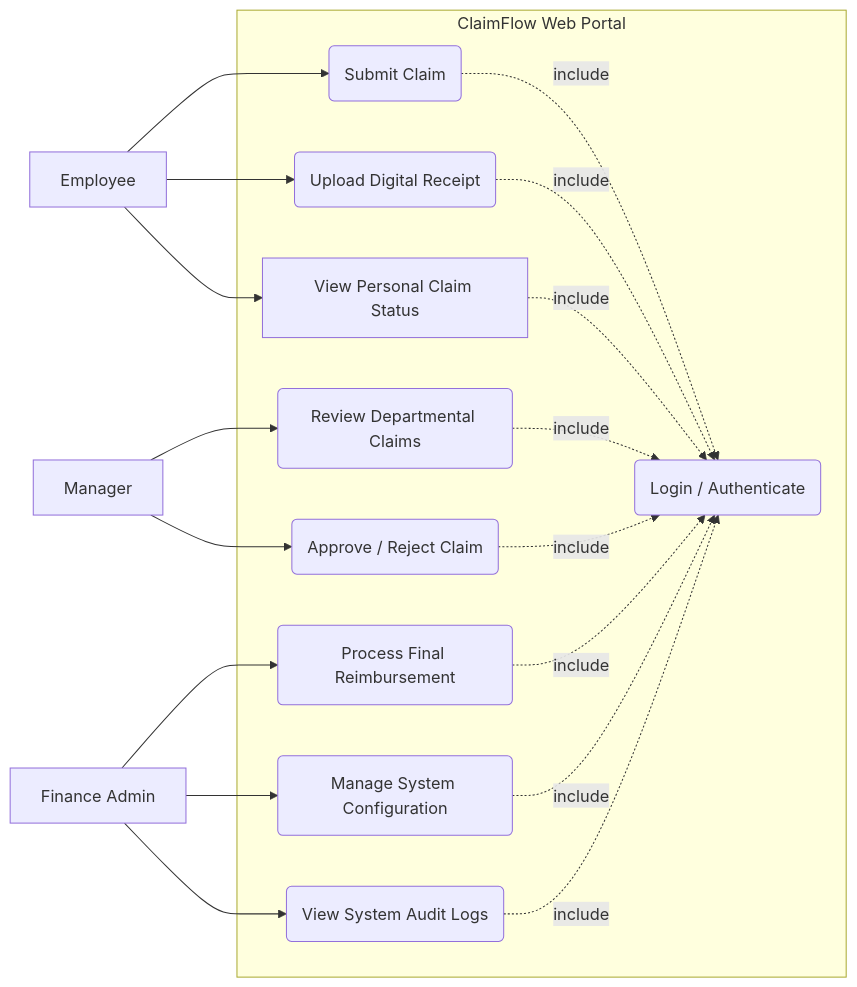
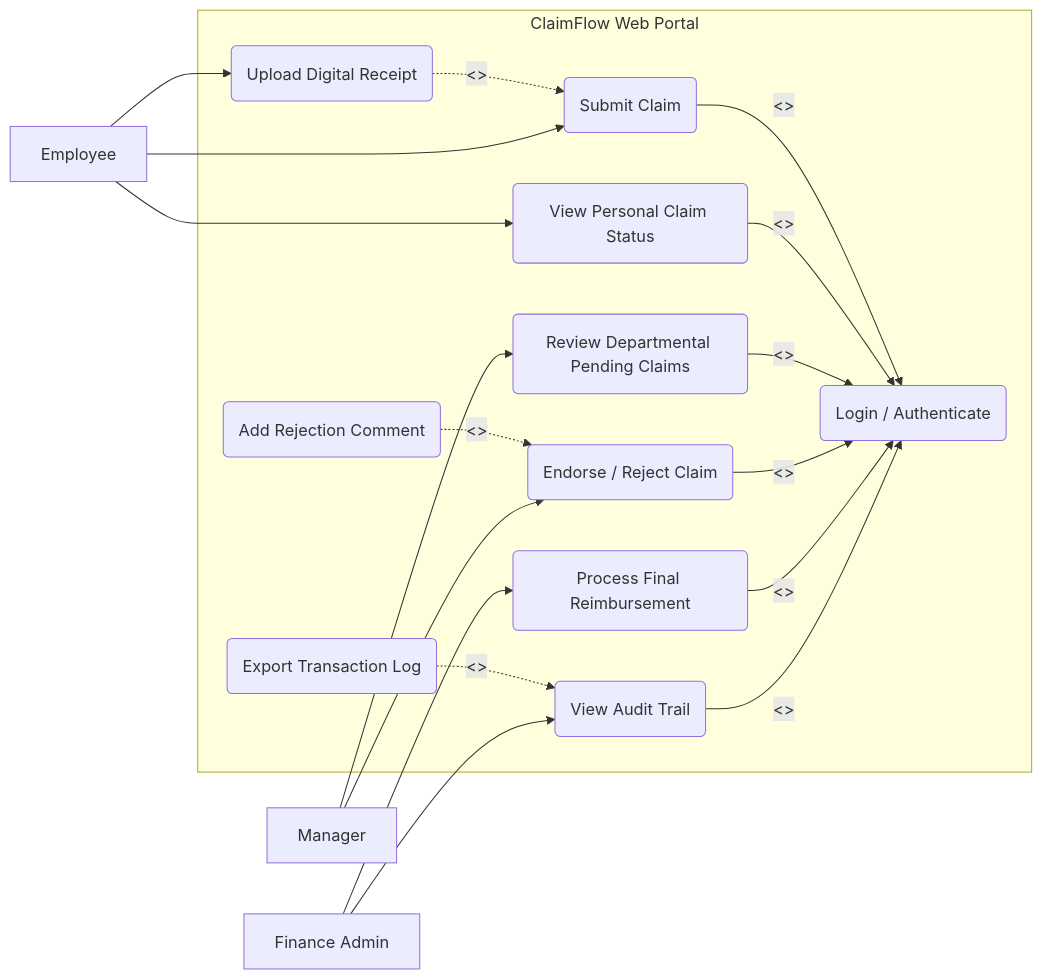
Before and after one commit to thiozhaosheng/ClaimFlow: the diagram in README.md, drawn with Mermaid.

Commit message:
docs: Edited the use case diagram in README.md

````diff
--- a/README.md
+++ b/README.md
@@ -45,47 +45,54 @@
 ```mermaid
 graph LR
     %% Actors
     Emp[Employee]
     Mgr[Manager]
     Fin[Finance Admin]
 
     subgraph ClaimFlow Web Portal
         UC_Login(Login / Authenticate)
-        
+
         %% Employee Use Cases
         UC_Submit(Submit Claim)
         UC_Upload(Upload Digital Receipt)
-        UC_View[View Personal Claim Status]
-        
+        UC_View(View Personal Claim Status)
+
         %% Manager Use Cases
-        UC_Review(Review Departmental Claims)
-        UC_Decide(Approve / Reject Claim)
-        
+        UC_Review(Review Departmental Pending Claims)
+        UC_Decide(Endorse / Reject Claim)
+        UC_Comment(Add Rejection Comment)
+
         %% Finance Use Cases
         UC_Process(Process Final Reimbursement)
-        UC_Config(Manage System Configuration)
-        UC_Audit(View System Audit Logs)
+        UC_Export(Export Transaction Log)
+        UC_Audit(View Audit Trail)
     end
 
-    %% Security Linkages
-    UC_Submit -.-> |include| UC_Login
-    UC_Upload -.-> |include| UC_Login
-    UC_View -.-> |include| UC_Login
-    UC_Review -.-> |include| UC_Login
-    UC_Decide -.-> |include| UC_Login
-    UC_Process -.-> |include| UC_Login
-    UC_Config -.-> |include| UC_Login
-    UC_Audit -.-> |include| UC_Login
+    %% <>: all primary actions include Login
+    UC_Submit --> |<>| UC_Login
+    UC_View --> |<>| UC_Login
+    UC_Review --> |<>| UC_Login
+    UC_Decide --> |<>| UC_Login
+    UC_Process --> |<>| UC_Login
+    UC_Audit --> |<>| UC_Login
+
+    %% <>: Upload extends Submit
+    UC_Upload -.-> |<>| UC_Submit
+
+    %% <>: Rejection Comment extends Endorse/Reject decision
+    UC_Comment -.-> |<>| UC_Decide
+
+    %% <>: Export extends Audit
+    UC_Export -.-> |<>| UC_Audit
 
     %% Actor Connections
     Emp --> UC_Submit
     Emp --> UC_Upload
     Emp --> UC_View
-    
+
     Mgr --> UC_Review
     Mgr --> UC_Decide
-    
+
     Fin --> UC_Process
-    Fin --> UC_Config
     Fin --> UC_Audit
 ```
````
